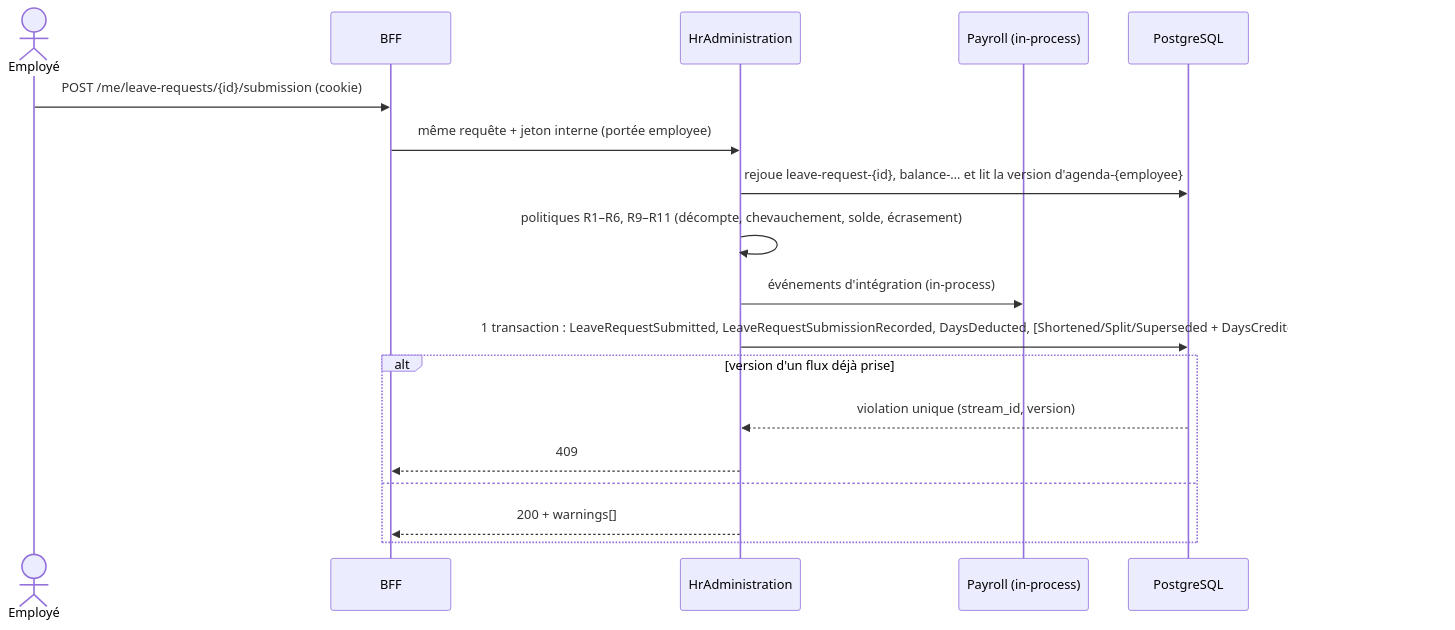
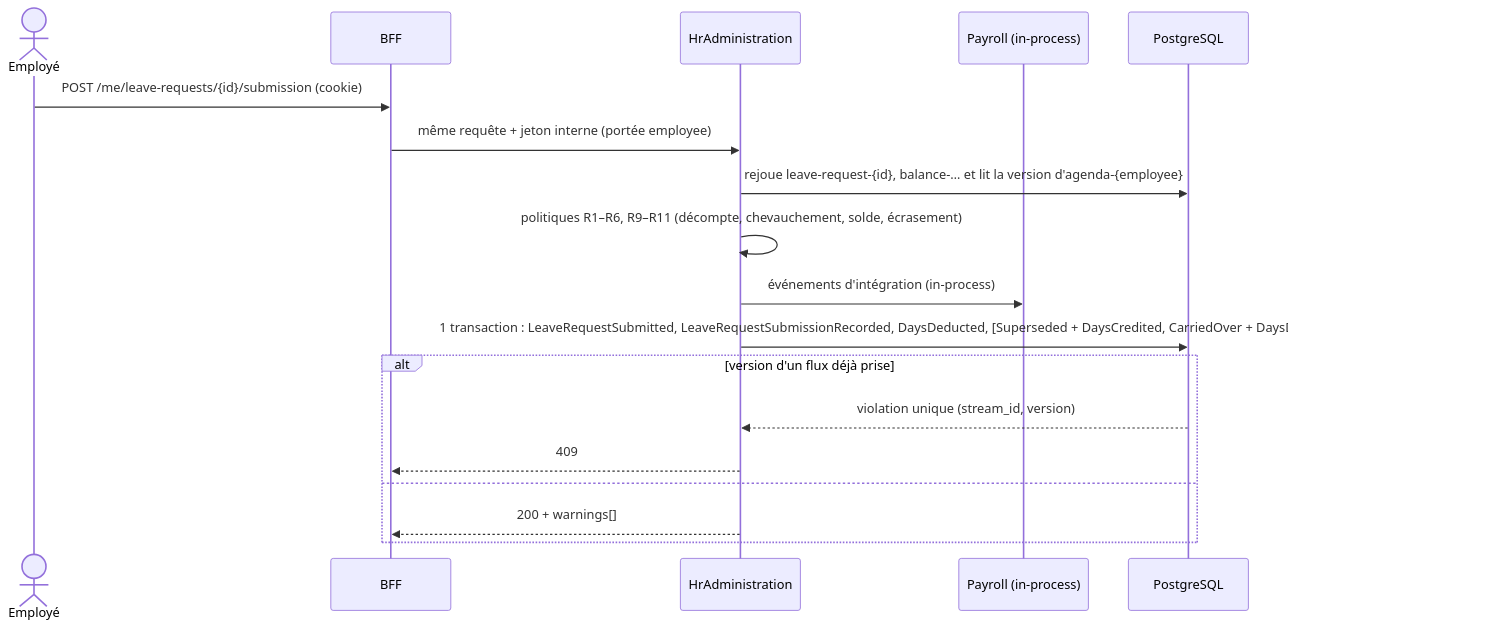
The second of 4 diagrams in docs/ARCHITECTURE.md (rittersebastien67-cmd/test-technique-tf1), drawn with Mermaid before and after one commit. The commit also changed other lines of this file and 16 other files, not shown here.

````diff
--- a/docs/ARCHITECTURE.md
+++ b/docs/ARCHITECTURE.md
@@ -187,20 +187,20 @@
 ```mermaid
 sequenceDiagram
     actor E as Employé
     participant BFF
     participant HR as HrAdministration
     participant PAY as Payroll (in-process)
     participant DB as PostgreSQL
     E->>BFF: POST /me/leave-requests/{id}/submission (cookie)
     BFF->>HR: même requête + jeton interne (portée employee)
     HR->>DB: rejoue leave-request-{id}, balance-… et lit la version d'agenda-{employee}
     HR->>HR: politiques R1–R6, R9–R11 (décompte, chevauchement, solde, écrasement)
     HR->>PAY: événements d'intégration (in-process)
-    HR->>DB: 1 transaction : LeaveRequestSubmitted, LeaveRequestSubmissionRecorded, DaysDeducted, [Shortened/Split/Superseded + DaysCredited], payroll_variable_items
+    HR->>DB: 1 transaction : LeaveRequestSubmitted, LeaveRequestSubmissionRecorded, DaysDeducted, [Superseded + DaysCredited, CarriedOver + DaysDeducted], payroll_variable_items
     alt version d'un flux déjà prise
         DB-->>HR: violation unique (stream_id, version)
         HR-->>BFF: 409
     else
         HR-->>BFF: 200 + warnings[]
     end
 ```
````
